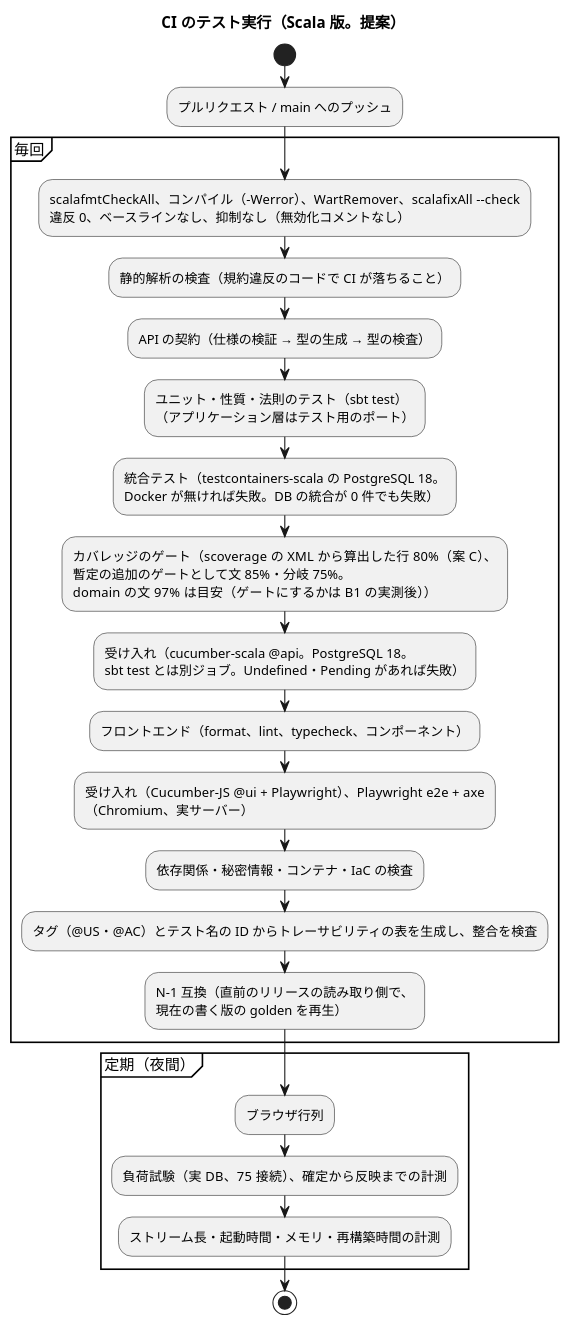
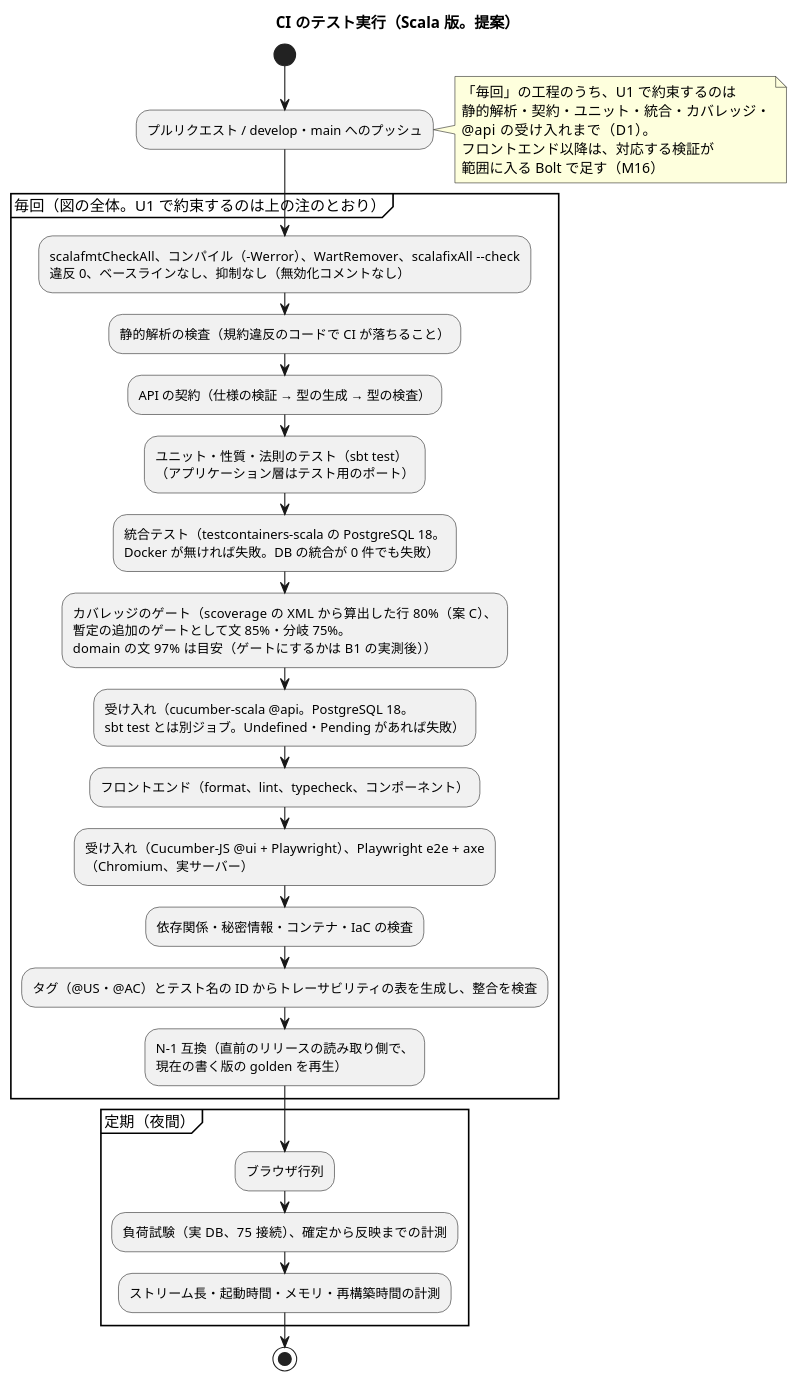
The second of 2 diagrams in docs/design/beer-game-scala/test-strategy.md (k2works/case-study-beer-game-simulation), drawn with PlantUML before and after one commit. The commit also changed other lines of this file and 15 other files, not shown here.

````diff
--- a/docs/design/beer-game-scala/test-strategy.md
+++ b/docs/design/beer-game-scala/test-strategy.md
@@ -417,28 +442,35 @@
 ```plantuml
 @startuml
 title CI のテスト実行（Scala 版。提案）
 
 start
-:プルリクエスト / main へのプッシュ;
-partition "毎回" {
+:プルリクエスト / develop・main へのプッシュ;
+note right
+  「毎回」の工程のうち、U1 で約束するのは
+  静的解析・契約・ユニット・統合・カバレッジ・
+  @api の受け入れまで（D1）。
+  フロントエンド以降は、対応する検証が
+  範囲に入る Bolt で足す（M16）
+end note
+partition "毎回（図の全体。U1 で約束するのは上の注のとおり）" {
   :scalafmtCheckAll、コンパイル（-Werror）、WartRemover、scalafixAll --check\n違反 0、ベースラインなし、抑制なし（無効化コメントなし）;
   :静的解析の検査（規約違反のコードで CI が落ちること）;
   :API の契約（仕様の検証 → 型の生成 → 型の検査）;
   :ユニット・性質・法則のテスト（sbt test）\n（アプリケーション層はテスト用のポート）;
   :統合テスト（testcontainers-scala の PostgreSQL 18。\nDocker が無ければ失敗。DB の統合が 0 件でも失敗）;
   :カバレッジのゲート（scoverage の XML から算出した行 80%（案 C）、\n暫定の追加のゲートとして文 85%・分岐 75%。\ndomain の文 97% は目安（ゲートにするかは B1 の実測後））;
   :受け入れ（cucumber-scala @api。PostgreSQL 18。\nsbt test とは別ジョブ。Undefined・Pending があれば失敗）;
   :フロントエンド（format、lint、typecheck、コンポーネント）;
   :受け入れ（Cucumber-JS @ui + Playwright）、Playwright e2e + axe\n（Chromium、実サーバー）;
   :依存関係・秘密情報・コンテナ・IaC の検査;
   :タグ（@US・@AC）とテスト名の ID からトレーサビリティの表を生成し、整合を検査;
   :N-1 互換（直前のリリースの読み取り側で、\n現在の書く版の golden を再生）;
 }
 partition "定期（夜間）" {
   :ブラウザ行列;
   :負荷試験（実 DB、75 接続）、確定から反映までの計測;
   :ストリーム長・起動時間・メモリ・再構築時間の計測;
 }
 stop
 @enduml
 ```
````
